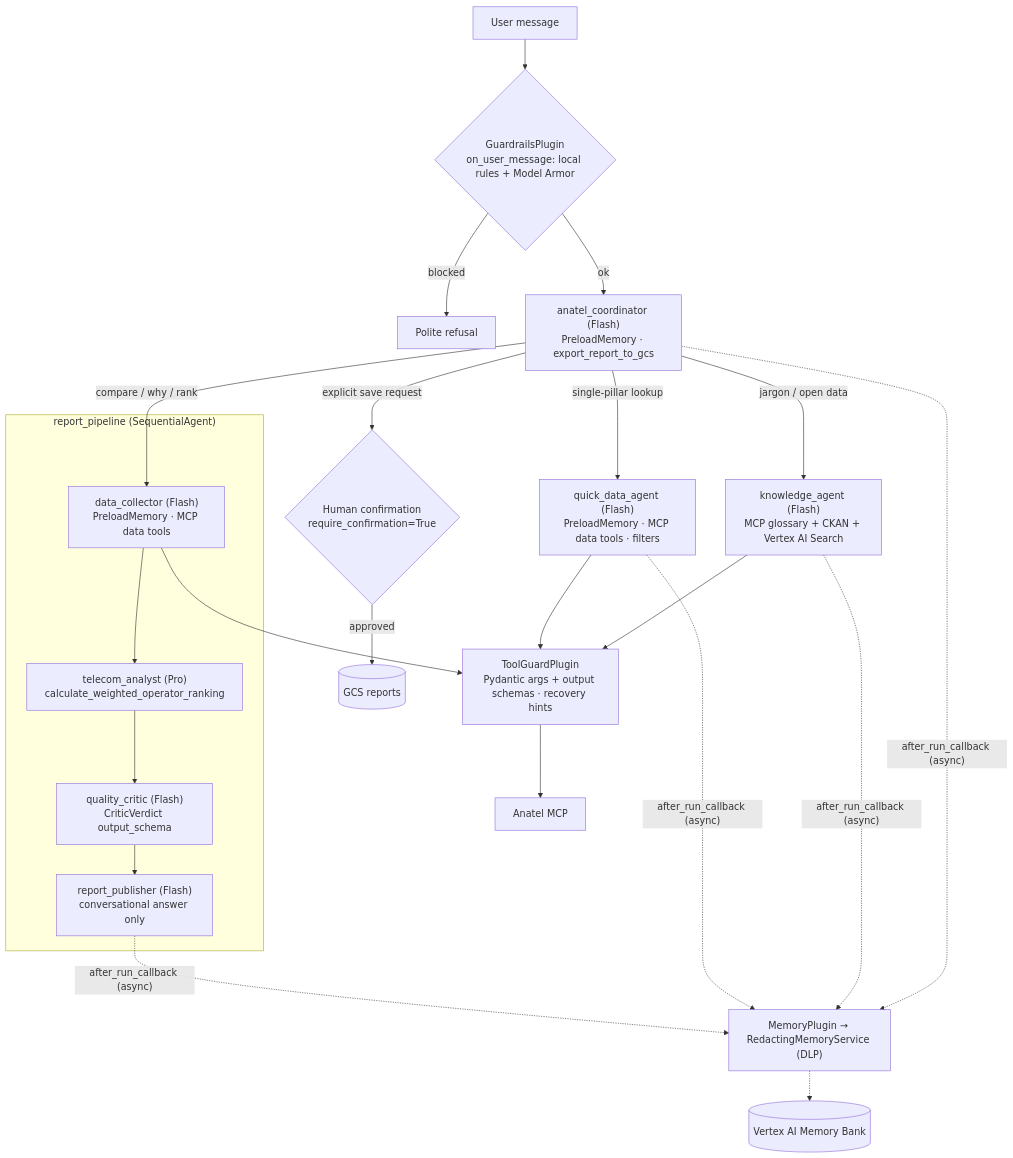
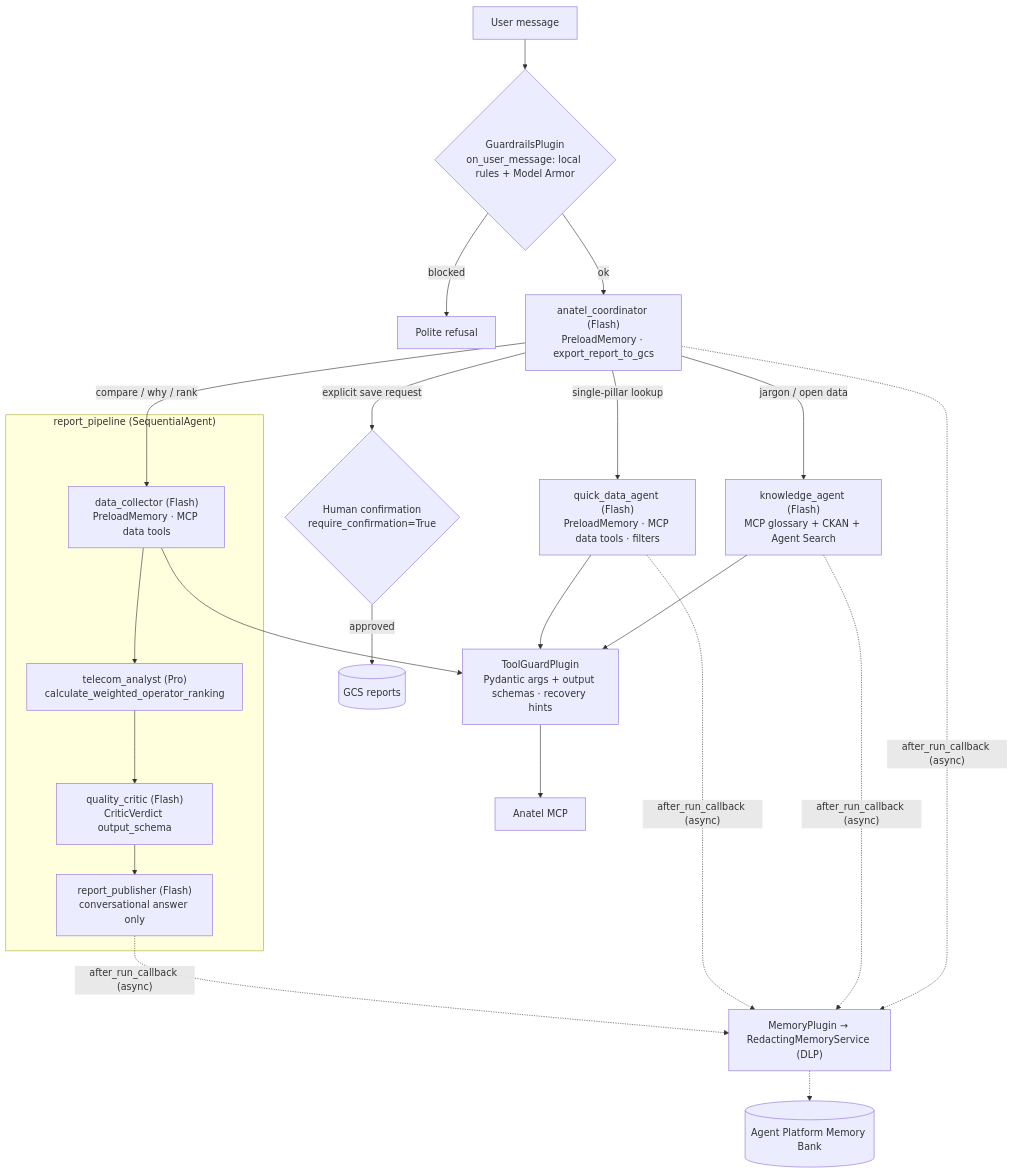
One commit to thiago-a-azevedo/anatel changed the second of 4 diagrams in README.md. Above: the diagram before and after it, drawn with Mermaid. The commit also changed other lines of this file and 21 other files, not shown here.

Commit message:
Update product naming to Gemini Enterprise Agent Platform

````diff
--- a/README.md
+++ b/README.md
@@ -147,20 +147,20 @@
 ```mermaid
 flowchart TD
   U["User message"] --> G{"GuardrailsPlugin<br/>on_user_message: local rules + Model Armor"}
   G -->|blocked| R["Polite refusal"]
   G -->|ok| C["anatel_coordinator (Flash)<br/>PreloadMemory · export_report_to_gcs"]
-  C -->|jargon / open data| K["knowledge_agent (Flash)<br/>MCP glossary + CKAN + Vertex AI Search"]
+  C -->|jargon / open data| K["knowledge_agent (Flash)<br/>MCP glossary + CKAN + Agent Search"]
   C -->|single-pillar lookup| Q["quick_data_agent (Flash)<br/>PreloadMemory · MCP data tools · filters"]
   C -->|compare / why / rank| P1
   C -->|explicit save request| H{"Human confirmation<br/>require_confirmation=True"}
   H -->|approved| S[("GCS reports")]
   subgraph PIPE["report_pipeline (SequentialAgent)"]
     P1["data_collector (Flash)<br/>PreloadMemory · MCP data tools"] --> P2["telecom_analyst (Pro)<br/>calculate_weighted_operator_ranking"]
     P2 --> P3["quality_critic (Flash)<br/>CriticVerdict output_schema"]
     P3 --> P4["report_publisher (Flash)<br/>conversational answer only"]
   end
   K & Q & P1 --> TG["ToolGuardPlugin<br/>Pydantic args + output schemas · recovery hints"]
   TG --> M["Anatel MCP"]
   C & K & Q & P4 -.after_run_callback (async).-> MP["MemoryPlugin → RedactingMemoryService (DLP)"]
-  MP -.-> MB[("Vertex AI Memory Bank")]
+  MP -.-> MB[("Agent Platform Memory Bank")]
 ```
````
